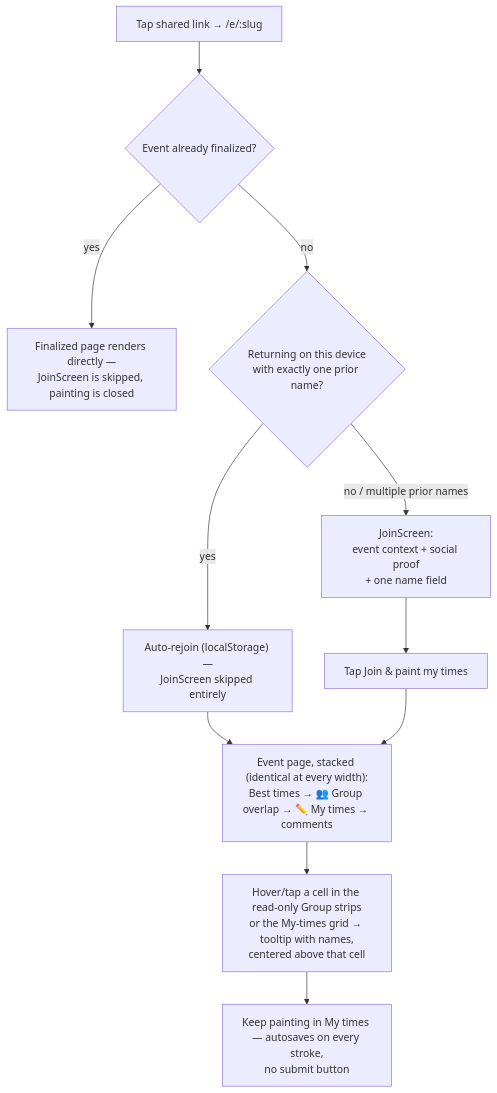
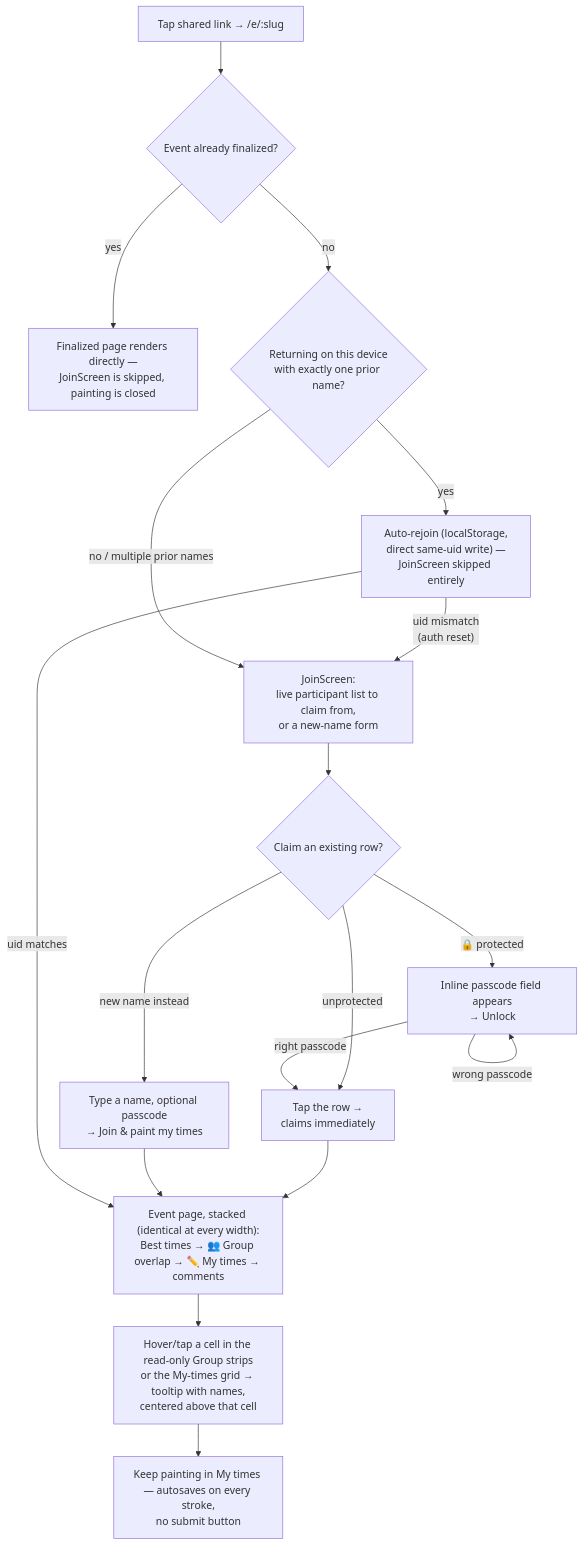
One commit to chlgustjr41/schedule2gather changed the third of 5 diagrams in docs/ux-flows.md. Above: the diagram before and after it, drawn with Mermaid. The commit also changed other lines of this file and 3 other files, not shown here.

Commit message:
docs(v1.4): join claim/passcode, session model, layout

````diff
--- a/docs/ux-flows.md
+++ b/docs/ux-flows.md
@@ -110,13 +129,21 @@
 ```mermaid
 flowchart TD
   A["Tap shared link → /e/:slug"] --> Z{"Event already finalized?"}
   Z -- "yes" --> ZF["Finalized page renders directly —<br/>JoinScreen is skipped, painting is closed"]
   Z -- "no" --> B{"Returning on this device<br/>with exactly one prior name?"}
-  B -- "yes" --> C["Auto-rejoin (localStorage) —<br/>JoinScreen skipped entirely"]
-  B -- "no / multiple prior names" --> D["JoinScreen:<br/>event context + social proof<br/>+ one name field"]
-  D --> E["Tap Join & paint my times"]
-  C --> F
-  E --> F["Event page, stacked (identical at every width):<br/>Best times → 👥 Group overlap → ✏️ My times → comments"]
+  B -- "yes" --> C["Auto-rejoin (localStorage,<br/>direct same-uid write) —<br/>JoinScreen skipped entirely"]
+  C -- "uid mismatch<br/>(auth reset)" --> D
+  B -- "no / multiple prior names" --> D["JoinScreen:<br/>live participant list to claim from,<br/>or a new-name form"]
+  D --> D1{"Claim an existing row?"}
+  D1 -- "unprotected" --> E1["Tap the row →<br/>claims immediately"]
+  D1 -- "🔒 protected" --> D2["Inline passcode field appears<br/>→ Unlock"]
+  D2 -- "right passcode" --> E1
+  D2 -- "wrong passcode" --> D2
+  D1 -- "new name instead" --> E2["Type a name, optional passcode<br/>→ Join & paint my times"]
+  E1 --> F
+  E2 --> F
+  C -- "uid matches" --> F
+  F["Event page, stacked (identical at every width):<br/>Best times → 👥 Group overlap → ✏️ My times → comments"]
   F --> G["Hover/tap a cell in the read-only Group strips<br/>or the My-times grid → tooltip with names,<br/>centered above that cell"]
   G --> H["Keep painting in My times — autosaves on every stroke,<br/>no submit button"]
 ```
````
